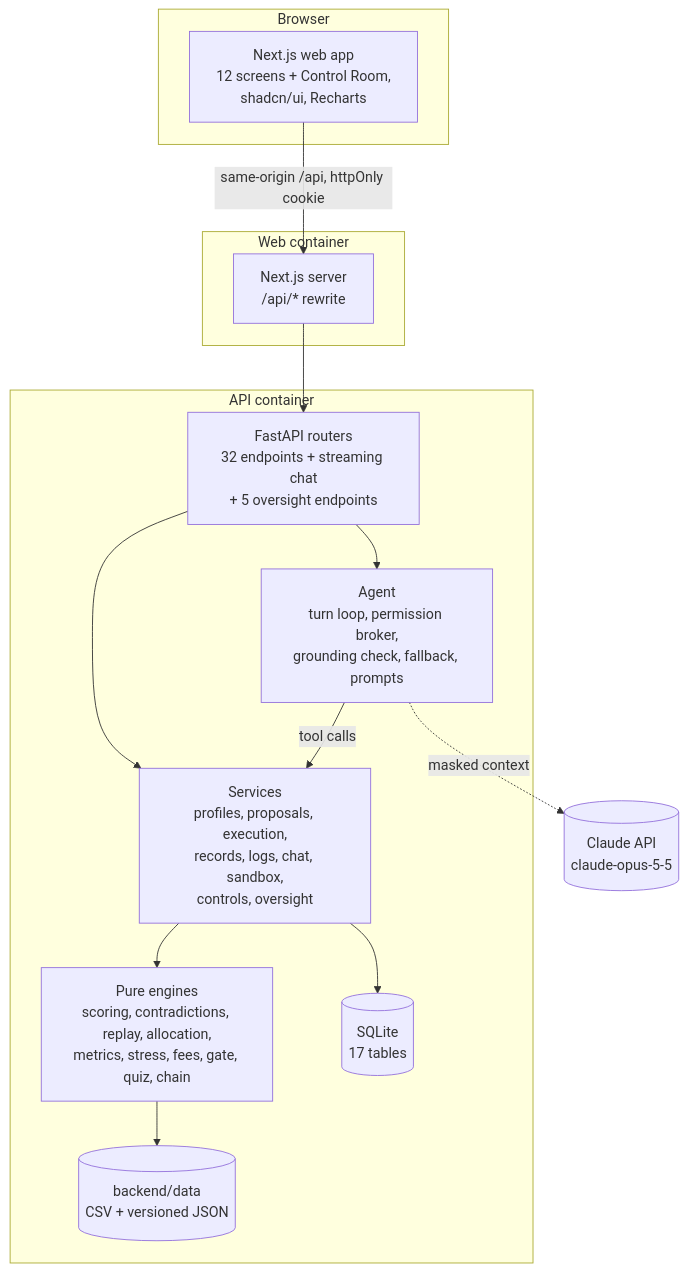
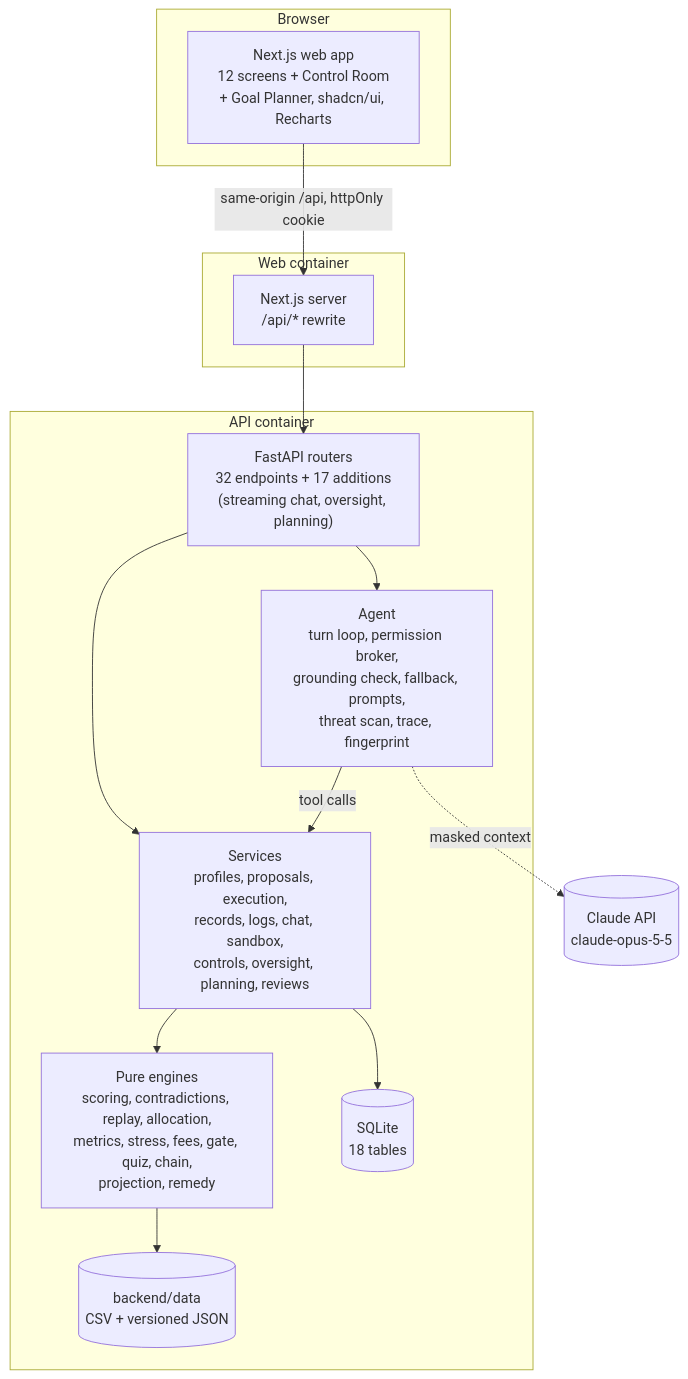
One commit to joynto7/Aegis-Wealth-AI changed the first of 2 diagrams in docs/technical-documentation.md. Above: the diagram before and after it, drawn with Mermaid. The commit also changed other lines of this file and 16 other files, not shown here.

````diff
--- a/docs/technical-documentation.md
+++ b/docs/technical-documentation.md
@@ -11,25 +11,25 @@
 ```mermaid
 flowchart TB
   subgraph Browser
-    UI["Next.js web app<br/>12 screens + Control Room,<br/>shadcn/ui, Recharts"]
+    UI["Next.js web app<br/>12 screens + Control Room<br/>+ Goal Planner, shadcn/ui, Recharts"]
   end
   subgraph Web container
     Next["Next.js server<br/>/api/* rewrite"]
   end
   subgraph API container
-    Routers["FastAPI routers<br/>32 endpoints + streaming chat<br/>+ 5 oversight endpoints"]
-    Services["Services<br/>profiles, proposals, execution,<br/>records, logs, chat, sandbox,<br/>controls, oversight"]
-    Engines["Pure engines<br/>scoring, contradictions, replay, allocation,<br/>metrics, stress, fees, gate, quiz, chain"]
-    Agent["Agent<br/>turn loop, permission broker,<br/>grounding check, fallback, prompts"]
+    Routers["FastAPI routers<br/>32 endpoints + 17 additions<br/>(streaming chat, oversight, planning)"]
+    Services["Services<br/>profiles, proposals, execution,<br/>records, logs, chat, sandbox,<br/>controls, oversight, planning, reviews"]
+    Engines["Pure engines<br/>scoring, contradictions, replay, allocation,<br/>metrics, stress, fees, gate, quiz, chain,<br/>projection, remedy"]
+    Agent["Agent<br/>turn loop, permission broker,<br/>grounding check, fallback, prompts,<br/>threat scan, trace, fingerprint"]
     Data[("backend/data<br/>CSV + versioned JSON")]
-    DB[("SQLite<br/>17 tables")]
+    DB[("SQLite<br/>18 tables")]
   end
   Claude[("Claude API<br/>claude-opus-5-5")]
 
   UI -- "same-origin /api, httpOnly cookie" --> Next --> Routers
   Routers --> Services --> Engines
   Engines --> Data
   Routers --> Agent -- "tool calls" --> Services
   Agent -. "masked context" .-> Claude
   Services --> DB
 ```
````
